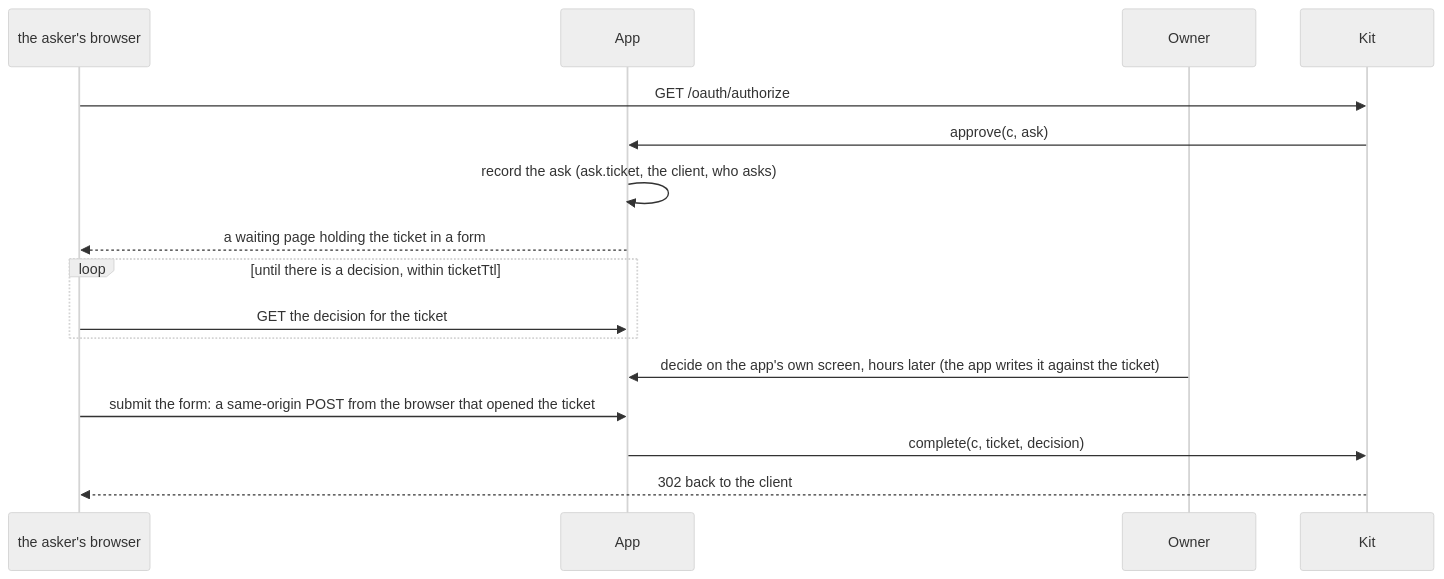
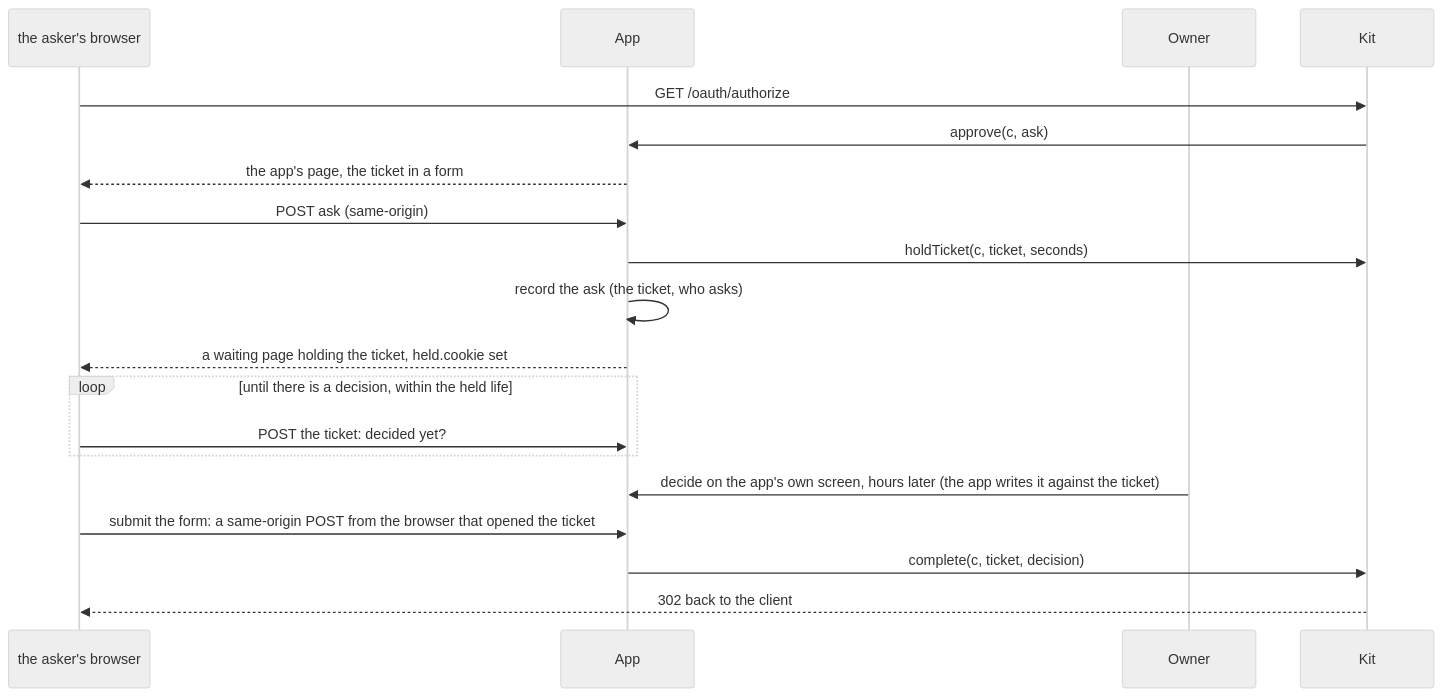
The second of 7 diagrams in src/oauth/README.md (escalay/api-kit), drawn with Mermaid (neutral theme) before and after one commit. The commit also changed other lines of this file and 9 other files, not shown here.

````diff
--- a/src/oauth/README.md
+++ b/src/oauth/README.md
@@ -240,18 +241,21 @@
 ```mermaid
 sequenceDiagram
   participant Asker as the asker's browser
   participant App
   participant Owner
   participant Kit
   Asker->>Kit: GET /oauth/authorize
   Kit->>App: approve(c, ask)
-  App->>App: record the ask (ask.ticket, the client, who asks)
-  App-->>Asker: a waiting page holding the ticket in a form
-  loop until there is a decision, within ticketTtl
-    Asker->>App: GET the decision for the ticket
+  App-->>Asker: the app's page, the ticket in a form
+  Asker->>App: POST ask (same-origin)
+  App->>Kit: holdTicket(c, ticket, seconds)
+  App->>App: record the ask (the ticket, who asks)
+  App-->>Asker: a waiting page holding the ticket, held.cookie set
+  loop until there is a decision, within the held life
+    Asker->>App: POST the ticket: decided yet?
   end
   Owner->>App: decide on the app's own screen, hours later (the app writes it against the ticket)
   Asker->>App: submit the form: a same-origin POST from the browser that opened the ticket
   App->>Kit: complete(c, ticket, decision)
   Kit-->>Asker: 302 back to the client
 ```
````
